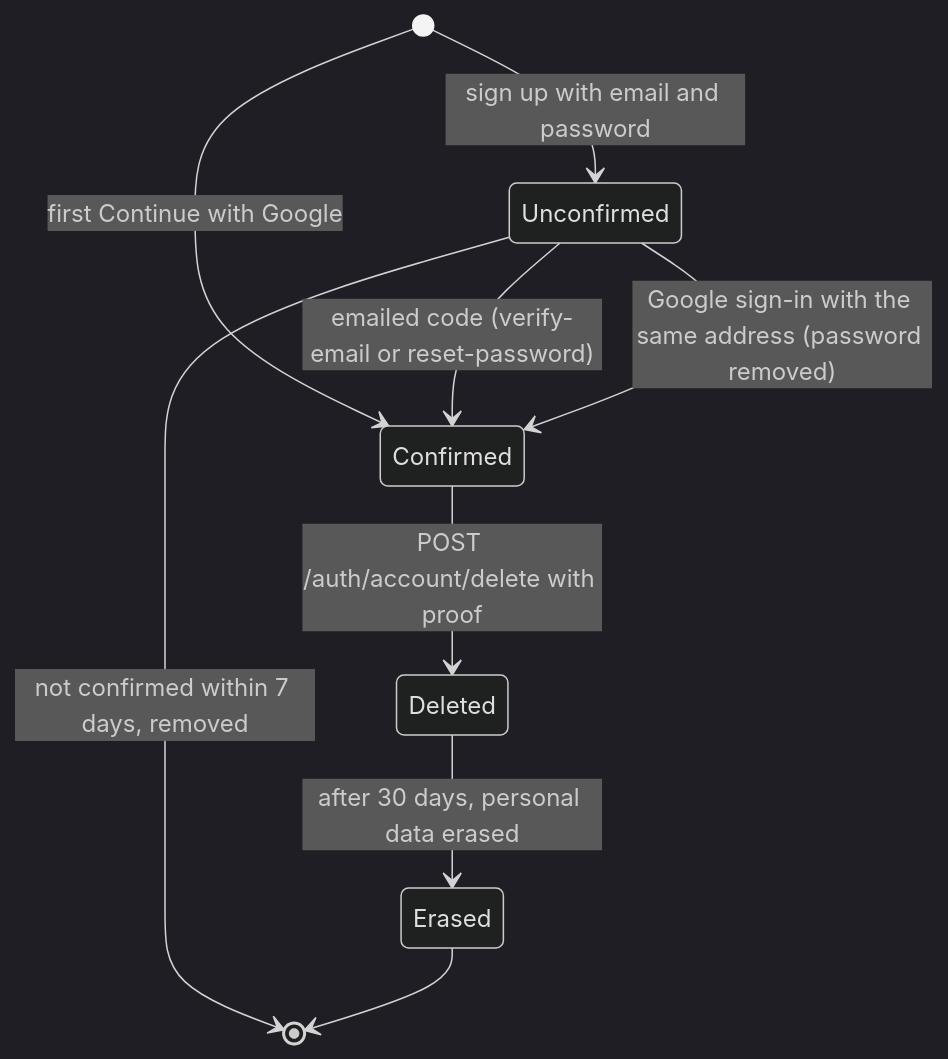
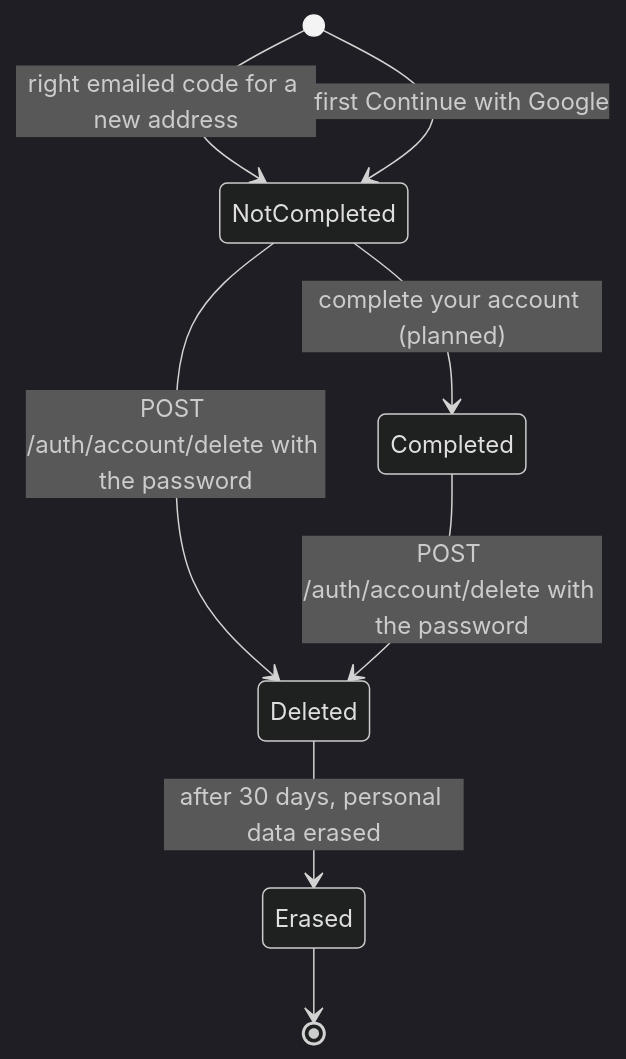
Before and after one commit to StoriuSs/NezFocus-Backend: the diagram in docs/auth/accounts.md, drawn with Mermaid (dark theme). The commit also changed other lines of this file and 143 other files, not shown here.

First line of the commit message:
feat(auth): codes by email for sign-up and sign-in (L6)

````diff
--- a/docs/auth/accounts.md
+++ b/docs/auth/accounts.md
@@ -22,11 +22,10 @@
 ```mermaid
 stateDiagram-v2
-    [*] --> Unconfirmed: sign up with email and password
-    [*] --> Confirmed: first Continue with Google
-    Unconfirmed --> Confirmed: emailed code (verify-email or reset-password)
-    Unconfirmed --> Confirmed: Google sign-in with the same address (password removed)
-    Unconfirmed --> [*]: not confirmed within 7 days, removed
-    Confirmed --> Deleted: POST /auth/account/delete with proof
+    [*] --> NotCompleted: right emailed code for a new address
+    [*] --> NotCompleted: first Continue with Google
+    NotCompleted --> Completed: complete your account (planned)
+    NotCompleted --> Deleted: POST /auth/account/delete with the password
+    Completed --> Deleted: POST /auth/account/delete with the password
     Deleted --> Erased: after 30 days, personal data erased
     Erased --> [*]
 ```
````
